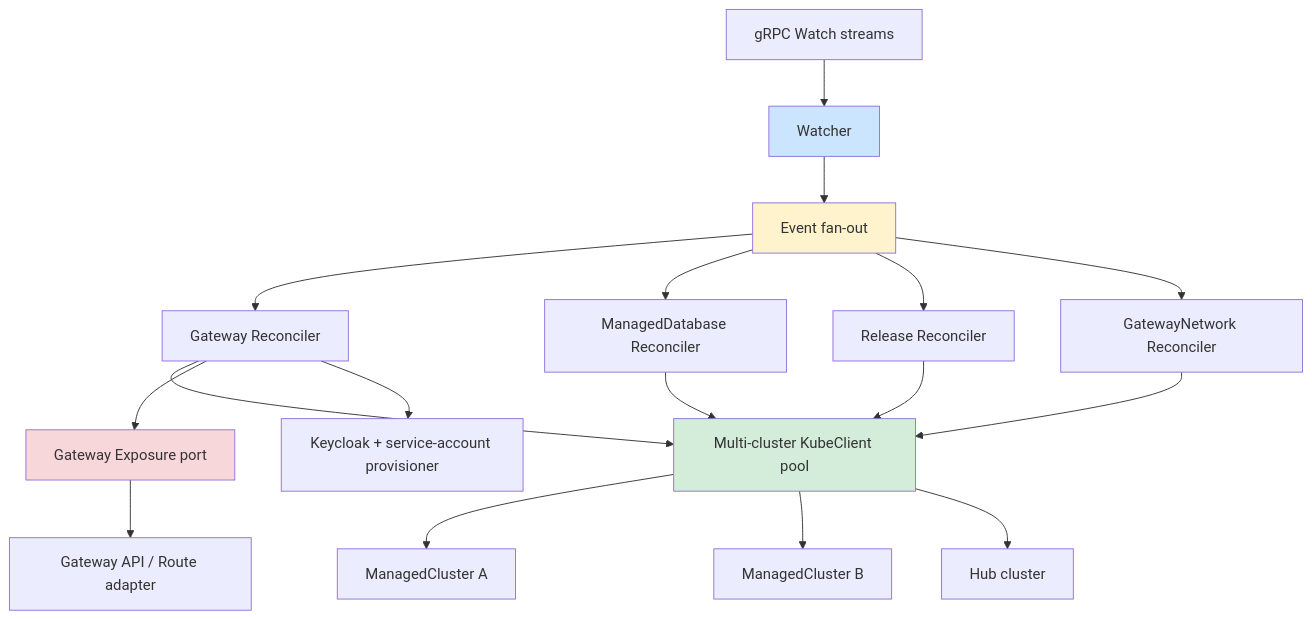
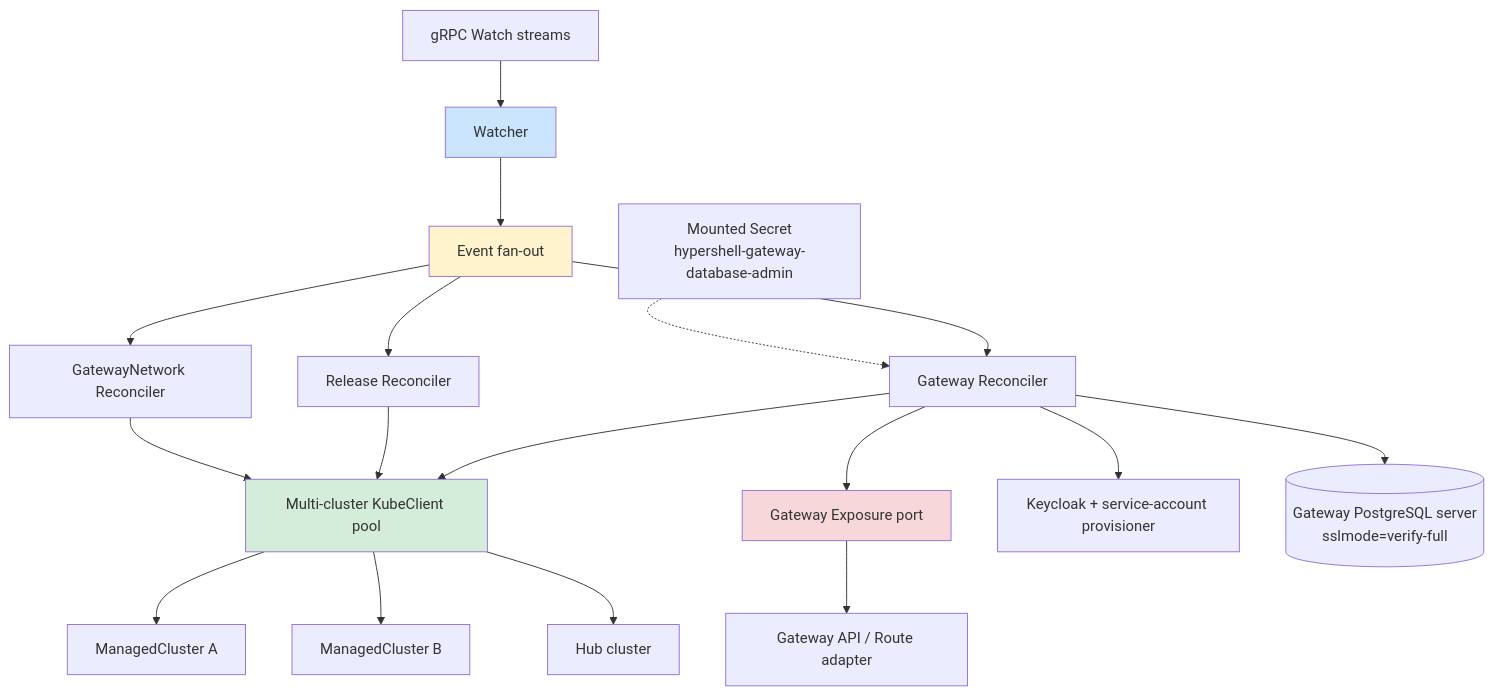
Before and after one commit to jonmosco/hypershell: the second of 2 diagrams in docs/architecture/source/control-plane.md, drawn with Mermaid. The commit also changed other lines of this file and 224 other files, not shown here.

````diff
--- a/docs/architecture/source/control-plane.md
+++ b/docs/architecture/source/control-plane.md
@@ -33,23 +35,23 @@
 ```mermaid
 graph TB
   WS[ gRPC Watch streams ] --> W[Watcher]
   W --> F[Event fan-out]
   F --> GR[Gateway Reconciler]
-  F --> MDR[ManagedDatabase Reconciler]
   F --> RR[Release Reconciler]
   F --> NR[GatewayNetwork Reconciler]
   GR --> POOL[Multi-cluster KubeClient pool]
-  MDR --> POOL
   RR --> POOL
   NR --> POOL
   POOL --> C1[ManagedCluster A]
   POOL --> C2[ManagedCluster B]
   POOL --> HUB[Hub cluster]
   GR --> EXP[Gateway Exposure port]
   EXP --> API[Gateway API / Route adapter]
   GR --> KC[Keycloak + service-account provisioner]
+  ADM[Mounted Secret<br/>hypershell-gateway-database-admin] -.-> GR
+  GR --> PG[(Gateway PostgreSQL server<br/>sslmode=verify-full)]
   style W fill:#cce5ff
   style F fill:#fff3cd
   style POOL fill:#d4edda
   style EXP fill:#f8d7da
 ```
````
